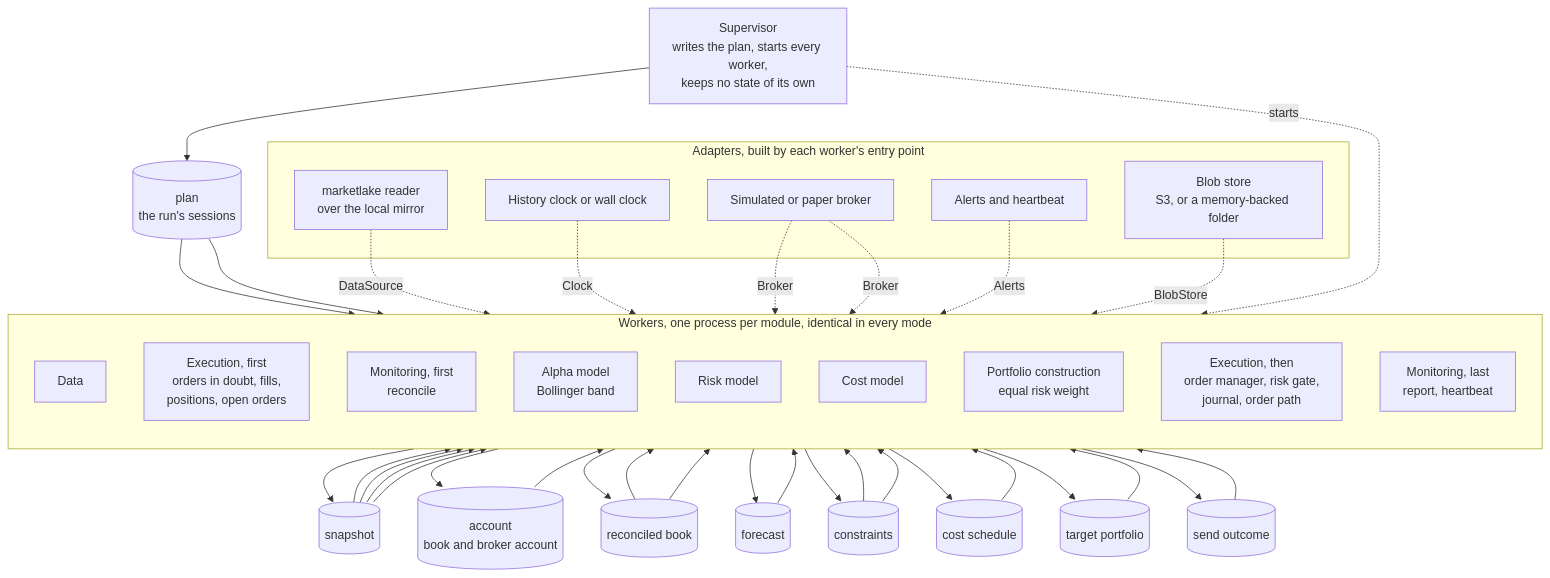
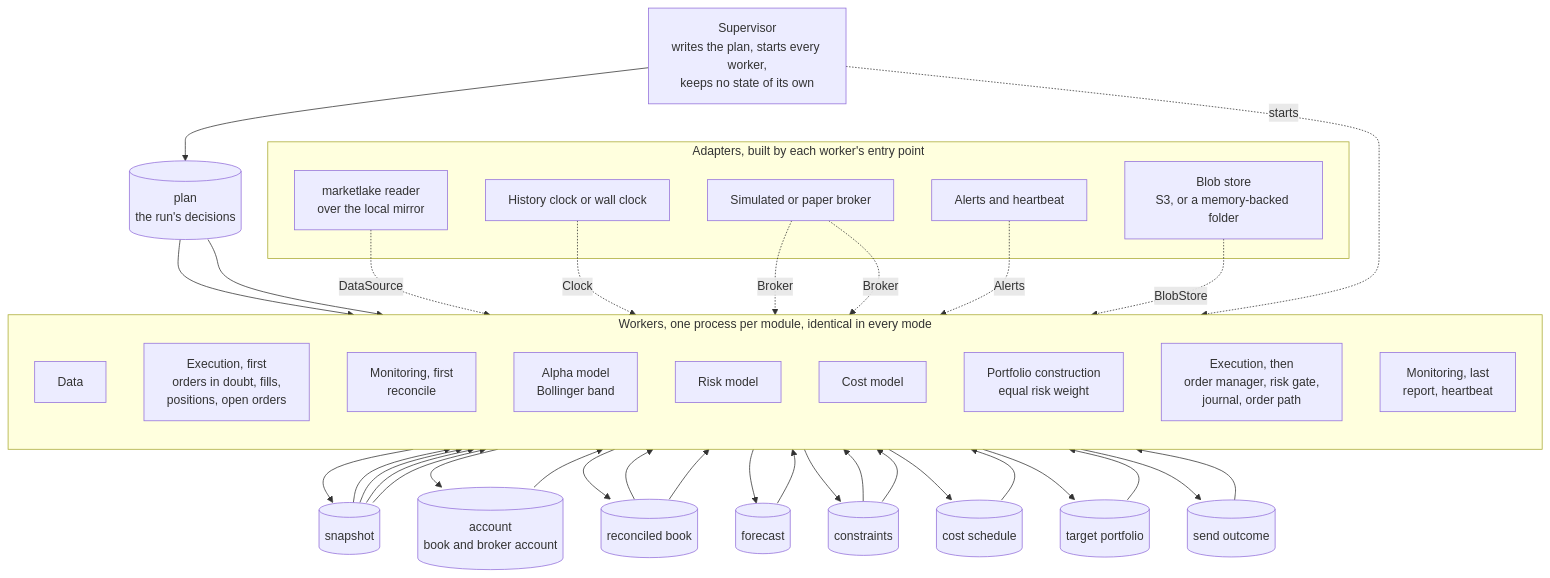
One commit to l3a0/ithildin-runtime changed the second of 16 diagrams in docs/architecture.md. Above: the diagram before and after it, drawn with Mermaid. The commit also changed other lines of this file and 2 other files, not shown here.

````diff
--- a/docs/architecture.md
+++ b/docs/architecture.md
@@ -265,61 +266,61 @@
 ```mermaid
 flowchart TB
     sup["Supervisor<br/>writes the plan, starts every worker,<br/>keeps no state of its own"]
-    plan[("plan<br/>the run's sessions")]
+    plan[("plan<br/>the run's decisions")]
     sup --> plan
 
     subgraph workers["Workers, one process per module, identical in every mode"]
         direction TB
         data["Data"]
         exec_recover["Execution, first<br/>orders in doubt, fills,<br/>positions, open orders"]
         mon_recon["Monitoring, first<br/>reconcile"]
         alpha["Alpha model<br/>Bollinger band"]
         risk["Risk model"]
         cost["Cost model"]
         pc["Portfolio construction<br/>equal risk weight"]
         exec_send["Execution, then<br/>order manager, risk gate,<br/>journal, order path"]
         mon_report["Monitoring, last<br/>report, heartbeat"]
     end
 
     snap[("snapshot")]
     acct[("account<br/>book and broker account")]
     book[("reconciled book")]
     fc[("forecast")]
     cons[("constraints")]
     sched[("cost schedule")]
     target[("target portfolio")]
     outcome[("send outcome")]
 
     plan --> data
     plan --> exec_recover
     data --> snap
     exec_recover --> acct --> mon_recon --> book
     snap --> alpha --> fc
     snap --> risk
     book --> risk --> cons
     snap --> cost --> sched
     fc --> pc
     cons --> pc
     sched --> pc
     book --> pc --> target
     target --> exec_send
     cons --> exec_send
     snap --> exec_send
     exec_send --> outcome --> mon_report
 
     subgraph adapters["Adapters, built by each worker's entry point"]
         lakesrc["marketlake reader<br/>over the local mirror"]
         clock["History clock or wall clock"]
         broker["Simulated or paper broker"]
         store["Blob store<br/>S3, or a memory-backed folder"]
         alertsink["Alerts and heartbeat"]
     end
 
     lakesrc -. "DataSource" .-> data
     clock -. "Clock" .-> data
     broker -. "Broker" .-> exec_recover
     broker -. "Broker" .-> exec_send
     store -. "BlobStore" .-> workers
     alertsink -. "Alerts" .-> mon_report
     sup -. "starts" .-> workers
 ```
````
